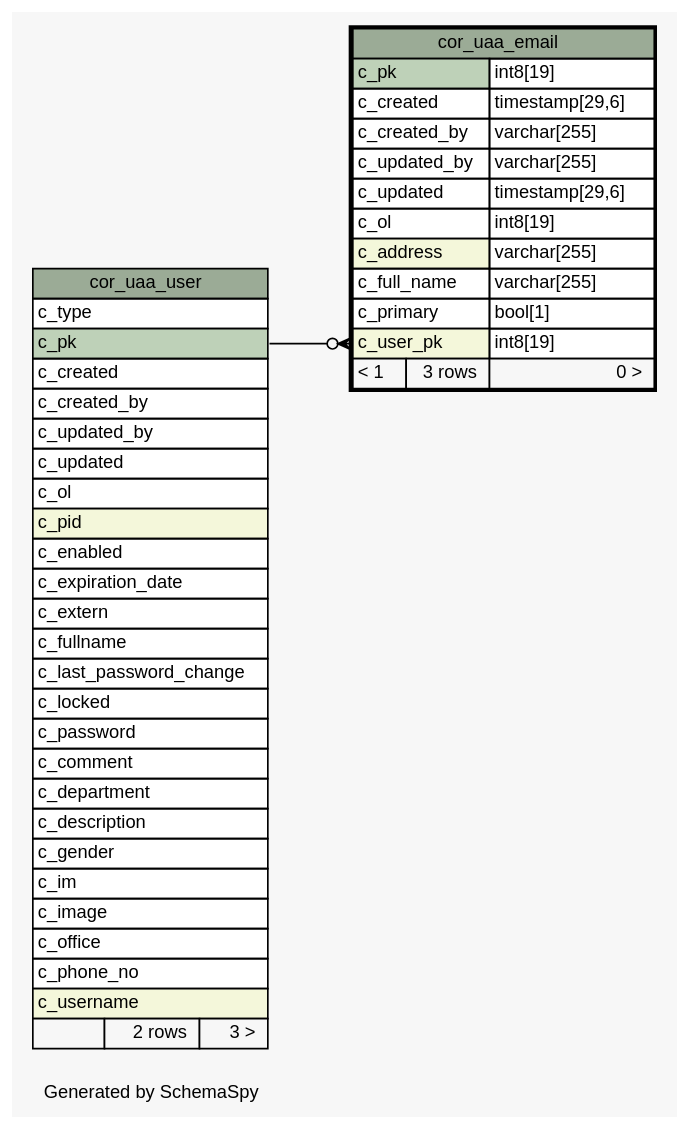
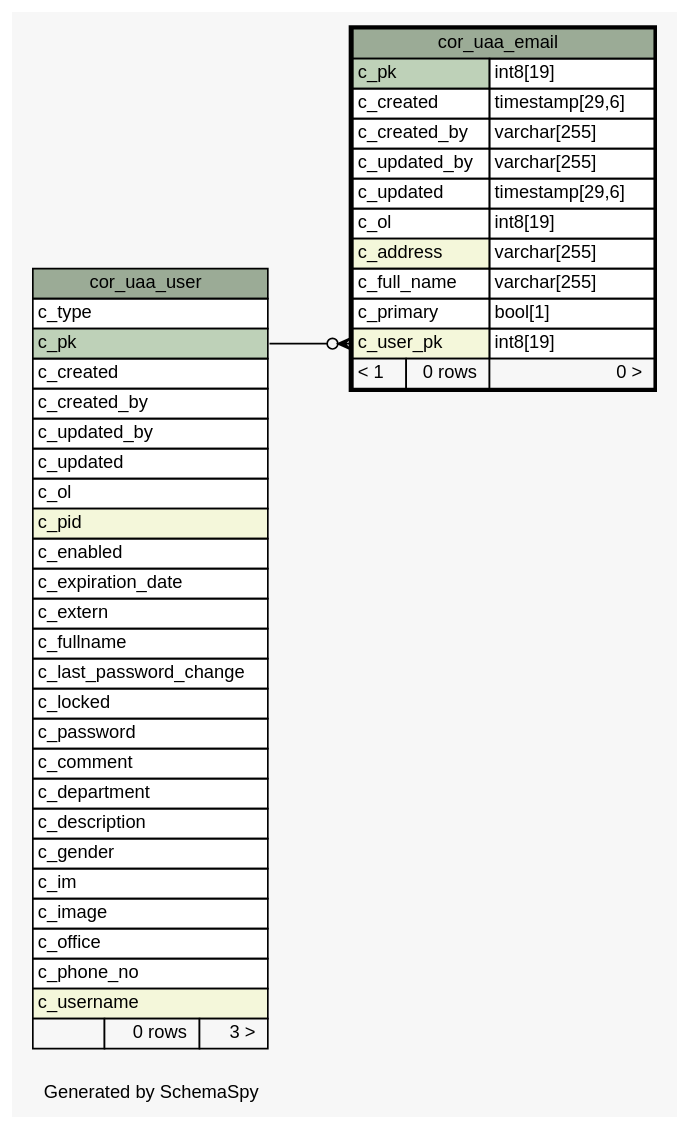
The diagram in 2.0.0-SNAPSHOT/schemaspy/diagrams/cor_uaa_email.1degree.dot (openwms/org.openwms.core.uaa), drawn with Graphviz before and after one commit. The commit also changed 242 other files, not shown here.

```diff
--- a/2.0.0-SNAPSHOT/schemaspy/diagrams/cor_uaa_email.1degree.dot
+++ b/2.0.0-SNAPSHOT/schemaspy/diagrams/cor_uaa_email.1degree.dot
@@ -1,75 +1,75 @@
-// dot 2.43.0 on Linux 6.2.0-1012-azure
+// dot 2.43.0 on Linux 6.2.0-1018-azure
 // SchemaSpy rev Unknown
 digraph "oneDegreeRelationshipsDiagram" {
   graph [
     rankdir="RL"
     bgcolor="#f7f7f7"
     label="\nGenerated by SchemaSpy"
     labeljust="l"
     nodesep="0.18"
     ranksep="0.46"
     fontname="Helvetica"
     fontsize="11"
   ];
   node [
     fontname="Helvetica"
     fontsize="11"
     shape="plaintext"
   ];
   edge [
     arrowsize="0.8"
   ];
   "cor_uaa_email":"c_user_pk":w -> "cor_uaa_user":"c_pk":e [arrowhead=none dir=back arrowtail=crowodot];
   "cor_uaa_email" [
     label=<
     <TABLE BORDER="2" CELLBORDER="1" CELLSPACING="0" BGCOLOR="#ffffff">
       <TR><TD COLSPAN="3" BGCOLOR="#9bab96" ALIGN="CENTER">cor_uaa_email</TD></TR>
       <TR><TD PORT="c_pk" COLSPAN="2" BGCOLOR="#bed1b8" ALIGN="LEFT">c_pk</TD><TD PORT="c_pk.type" ALIGN="LEFT">int8[19]</TD></TR>
       <TR><TD PORT="c_created" COLSPAN="2" ALIGN="LEFT">c_created</TD><TD PORT="c_created.type" ALIGN="LEFT">timestamp[29,6]</TD></TR>
       <TR><TD PORT="c_created_by" COLSPAN="2" ALIGN="LEFT">c_created_by</TD><TD PORT="c_created_by.type" ALIGN="LEFT">varchar[255]</TD></TR>
       <TR><TD PORT="c_updated_by" COLSPAN="2" ALIGN="LEFT">c_updated_by</TD><TD PORT="c_updated_by.type" ALIGN="LEFT">varchar[255]</TD></TR>
       <TR><TD PORT="c_updated" COLSPAN="2" ALIGN="LEFT">c_updated</TD><TD PORT="c_updated.type" ALIGN="LEFT">timestamp[29,6]</TD></TR>
       <TR><TD PORT="c_ol" COLSPAN="2" ALIGN="LEFT">c_ol</TD><TD PORT="c_ol.type" ALIGN="LEFT">int8[19]</TD></TR>
       <TR><TD PORT="c_address" COLSPAN="2" BGCOLOR="#f4f7da" ALIGN="LEFT">c_address</TD><TD PORT="c_address.type" ALIGN="LEFT">varchar[255]</TD></TR>
       <TR><TD PORT="c_full_name" COLSPAN="2" ALIGN="LEFT">c_full_name</TD><TD PORT="c_full_name.type" ALIGN="LEFT">varchar[255]</TD></TR>
       <TR><TD PORT="c_primary" COLSPAN="2" ALIGN="LEFT">c_primary</TD><TD PORT="c_primary.type" ALIGN="LEFT">bool[1]</TD></TR>
       <TR><TD PORT="c_user_pk" COLSPAN="2" BGCOLOR="#f4f7da" ALIGN="LEFT">c_user_pk</TD><TD PORT="c_user_pk.type" ALIGN="LEFT">int8[19]</TD></TR>
-      <TR><TD ALIGN="LEFT" BGCOLOR="#f7f7f7">&lt; 1</TD><TD ALIGN="RIGHT" BGCOLOR="#f7f7f7">3 rows</TD><TD ALIGN="RIGHT" BGCOLOR="#f7f7f7">0 &gt;</TD></TR>
+      <TR><TD ALIGN="LEFT" BGCOLOR="#f7f7f7">&lt; 1</TD><TD ALIGN="RIGHT" BGCOLOR="#f7f7f7">0 rows</TD><TD ALIGN="RIGHT" BGCOLOR="#f7f7f7">0 &gt;</TD></TR>
     </TABLE>>
     URL="cor_uaa_email.html"
     tooltip="cor_uaa_email"
   ];
   "cor_uaa_user" [
     label=<
     <TABLE BORDER="0" CELLBORDER="1" CELLSPACING="0" BGCOLOR="#ffffff">
       <TR><TD COLSPAN="3" BGCOLOR="#9bab96" ALIGN="CENTER">cor_uaa_user</TD></TR>
       <TR><TD PORT="c_type" COLSPAN="3" ALIGN="LEFT">c_type</TD></TR>
       <TR><TD PORT="c_pk" COLSPAN="3" BGCOLOR="#bed1b8" ALIGN="LEFT">c_pk</TD></TR>
       <TR><TD PORT="c_created" COLSPAN="3" ALIGN="LEFT">c_created</TD></TR>
       <TR><TD PORT="c_created_by" COLSPAN="3" ALIGN="LEFT">c_created_by</TD></TR>
       <TR><TD PORT="c_updated_by" COLSPAN="3" ALIGN="LEFT">c_updated_by</TD></TR>
       <TR><TD PORT="c_updated" COLSPAN="3" ALIGN="LEFT">c_updated</TD></TR>
       <TR><TD PORT="c_ol" COLSPAN="3" ALIGN="LEFT">c_ol</TD></TR>
       <TR><TD PORT="c_pid" COLSPAN="3" BGCOLOR="#f4f7da" ALIGN="LEFT">c_pid</TD></TR>
       <TR><TD PORT="c_enabled" COLSPAN="3" ALIGN="LEFT">c_enabled</TD></TR>
       <TR><TD PORT="c_expiration_date" COLSPAN="3" ALIGN="LEFT">c_expiration_date</TD></TR>
       <TR><TD PORT="c_extern" COLSPAN="3" ALIGN="LEFT">c_extern</TD></TR>
       <TR><TD PORT="c_fullname" COLSPAN="3" ALIGN="LEFT">c_fullname</TD></TR>
       <TR><TD PORT="c_last_password_change" COLSPAN="3" ALIGN="LEFT">c_last_password_change</TD></TR>
       <TR><TD PORT="c_locked" COLSPAN="3" ALIGN="LEFT">c_locked</TD></TR>
       <TR><TD PORT="c_password" COLSPAN="3" ALIGN="LEFT">c_password</TD></TR>
       <TR><TD PORT="c_comment" COLSPAN="3" ALIGN="LEFT">c_comment</TD></TR>
       <TR><TD PORT="c_department" COLSPAN="3" ALIGN="LEFT">c_department</TD></TR>
       <TR><TD PORT="c_description" COLSPAN="3" ALIGN="LEFT">c_description</TD></TR>
       <TR><TD PORT="c_gender" COLSPAN="3" ALIGN="LEFT">c_gender</TD></TR>
       <TR><TD PORT="c_im" COLSPAN="3" ALIGN="LEFT">c_im</TD></TR>
       <TR><TD PORT="c_image" COLSPAN="3" ALIGN="LEFT">c_image</TD></TR>
       <TR><TD PORT="c_office" COLSPAN="3" ALIGN="LEFT">c_office</TD></TR>
       <TR><TD PORT="c_phone_no" COLSPAN="3" ALIGN="LEFT">c_phone_no</TD></TR>
       <TR><TD PORT="c_username" COLSPAN="3" BGCOLOR="#f4f7da" ALIGN="LEFT">c_username</TD></TR>
-      <TR><TD ALIGN="LEFT" BGCOLOR="#f7f7f7">  </TD><TD ALIGN="RIGHT" BGCOLOR="#f7f7f7">2 rows</TD><TD ALIGN="RIGHT" BGCOLOR="#f7f7f7">3 &gt;</TD></TR>
+      <TR><TD ALIGN="LEFT" BGCOLOR="#f7f7f7">  </TD><TD ALIGN="RIGHT" BGCOLOR="#f7f7f7">0 rows</TD><TD ALIGN="RIGHT" BGCOLOR="#f7f7f7">3 &gt;</TD></TR>
     </TABLE>>
     URL="cor_uaa_user.html"
     tooltip="cor_uaa_user"
   ];
 }
```
